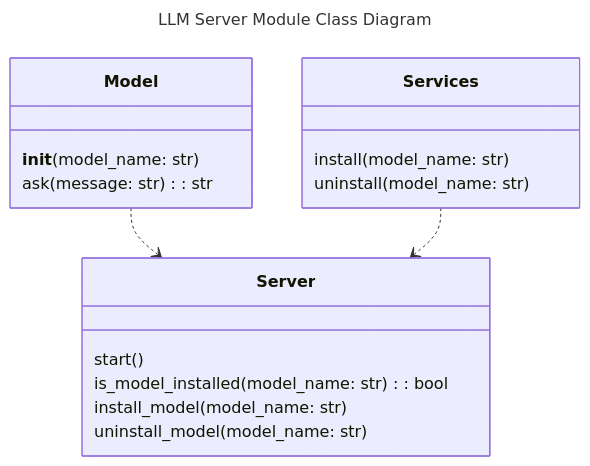
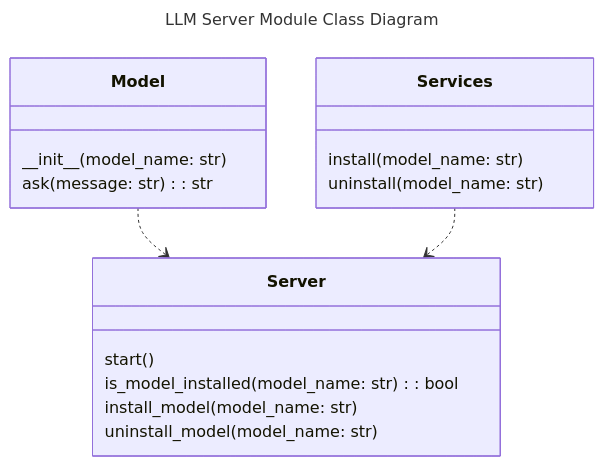
Before and after one commit to Oldranda1414/AutoDev: the diagram in docs/assets/src/llm_server.mmd, drawn with Mermaid. The commit also changed 3 other files, not shown here.

Commit message:
docs: made graphs better

```diff
--- a/docs/assets/src/llm_server.mmd
+++ b/docs/assets/src/llm_server.mmd
@@ -1,24 +1,24 @@
 ---
 title: LLM Server Module Class Diagram
 ---
 classDiagram
 
     class Server {
         start()
         is_model_installed(model_name: str): bool
         install_model(model_name: str)
         uninstall_model(model_name: str)
     }
 
     class Model {
-        __init__(model_name: str)
+        \_\_init\_\_(model_name: str)
         ask(message: str): str
     }
 
     class Services {
         install(model_name: str)
         uninstall(model_name: str)
     }
 
     Model ..> Server
     Services ..> Server
```
